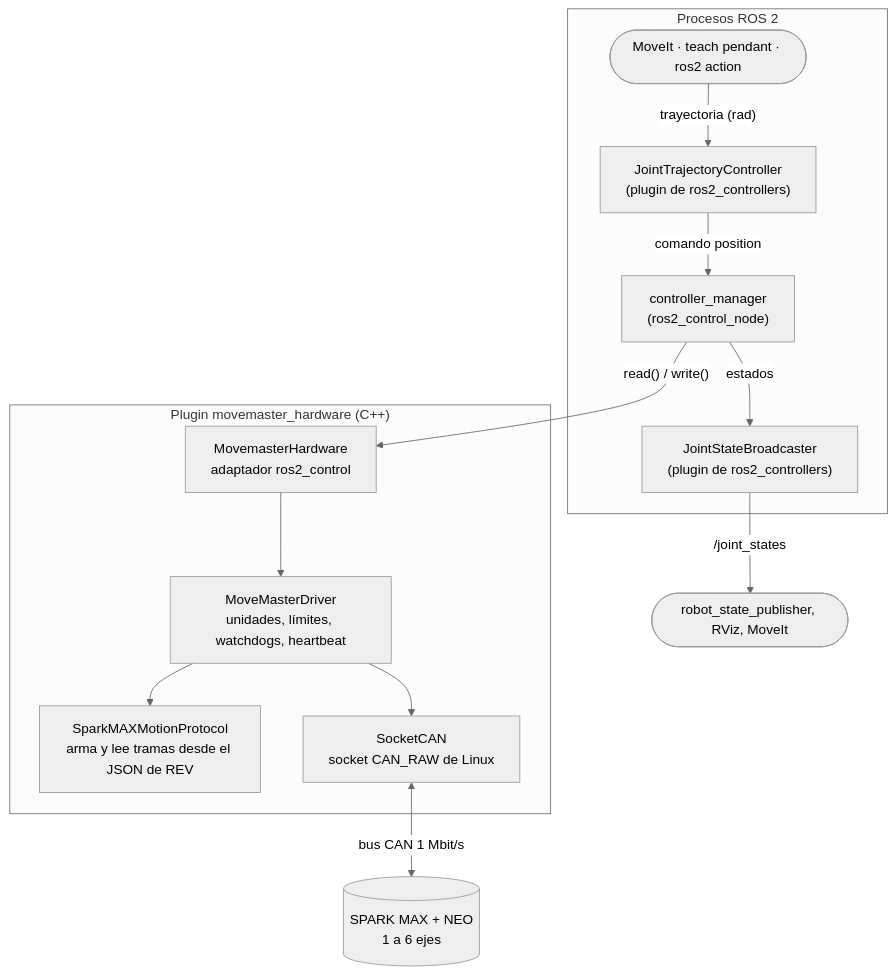
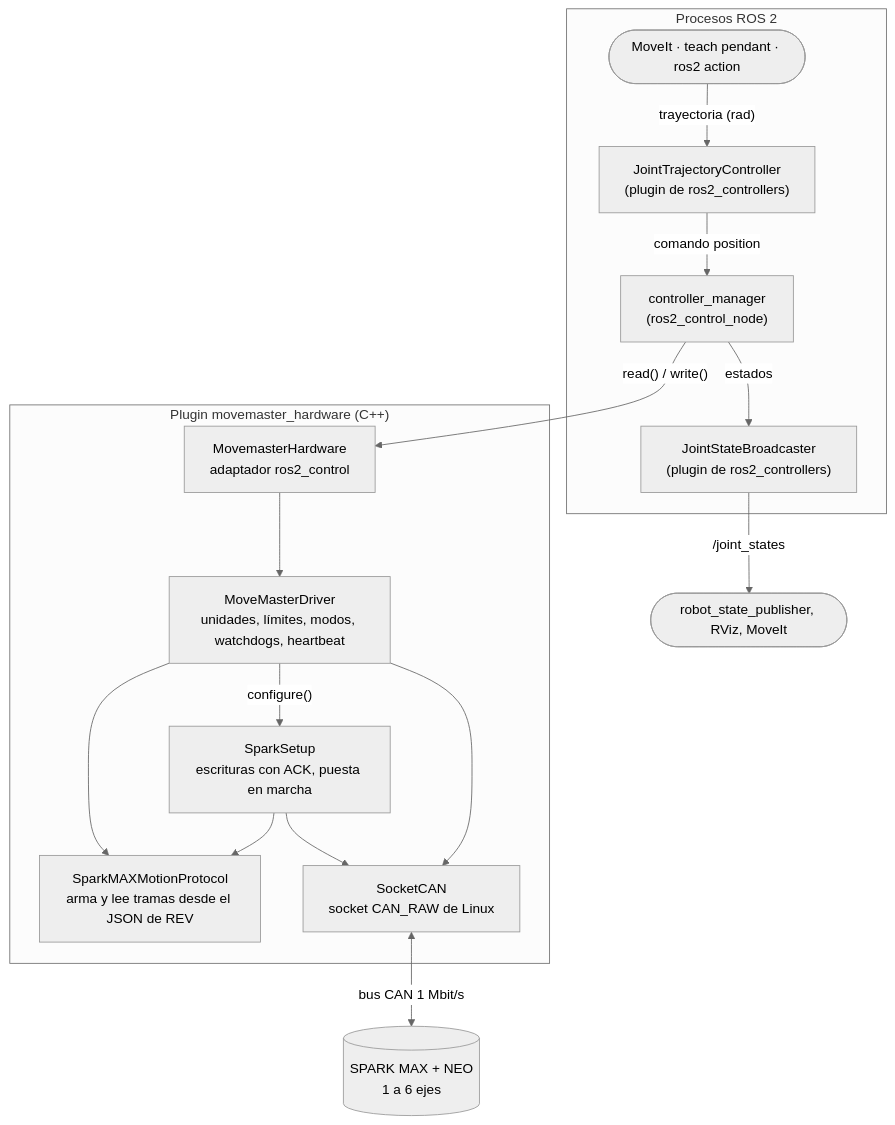
The first of 2 diagrams in movemaster_ws/src/movemaster_ros/movemaster_ros/docs/MANUAL.md (DiazPaz/movemaster), drawn with Mermaid (neutral theme) before and after one commit. The commit also changed other lines of this file and 12 other files, not shown here.

````diff
--- a/movemaster_ws/src/movemaster_ros/movemaster_ros/docs/MANUAL.md
+++ b/movemaster_ws/src/movemaster_ros/movemaster_ros/docs/MANUAL.md
@@ -68,25 +70,28 @@
 ```mermaid
 flowchart TB
     subgraph ros["Procesos ROS 2"]
         client(["MoveIt · teach pendant · ros2 action"])
         jtc["JointTrajectoryController<br/>(plugin de ros2_controllers)"]
         jsb["JointStateBroadcaster<br/>(plugin de ros2_controllers)"]
         cm["controller_manager<br/>(ros2_control_node)"]
     end
     subgraph plugin["Plugin movemaster_hardware (C++)"]
         hw["MovemasterHardware<br/>adaptador ros2_control"]
-        drv["MoveMasterDriver<br/>unidades, límites, watchdogs, heartbeat"]
+        drv["MoveMasterDriver<br/>unidades, límites, modos, watchdogs, heartbeat"]
+        setup["SparkSetup<br/>escrituras con ACK, puesta en marcha"]
         proto["SparkMAXMotionProtocol<br/>arma y lee tramas desde el JSON de REV"]
         can["SocketCAN<br/>socket CAN_RAW de Linux"]
     end
     spark[("SPARK MAX + NEO<br/>1 a 6 ejes")]
 
     client -- "trayectoria (rad)" --> jtc
     jtc -- "comando position" --> cm
     cm -- "read() / write()" --> hw
     cm -- "estados" --> jsb
     jsb -- "/joint_states" --> out(["robot_state_publisher, RViz, MoveIt"])
     hw --> drv --> proto
+    drv -- "configure()" --> setup --> proto
     drv --> can
+    setup --> can
     can <-- "bus CAN 1 Mbit/s" --> spark
 ```
````
